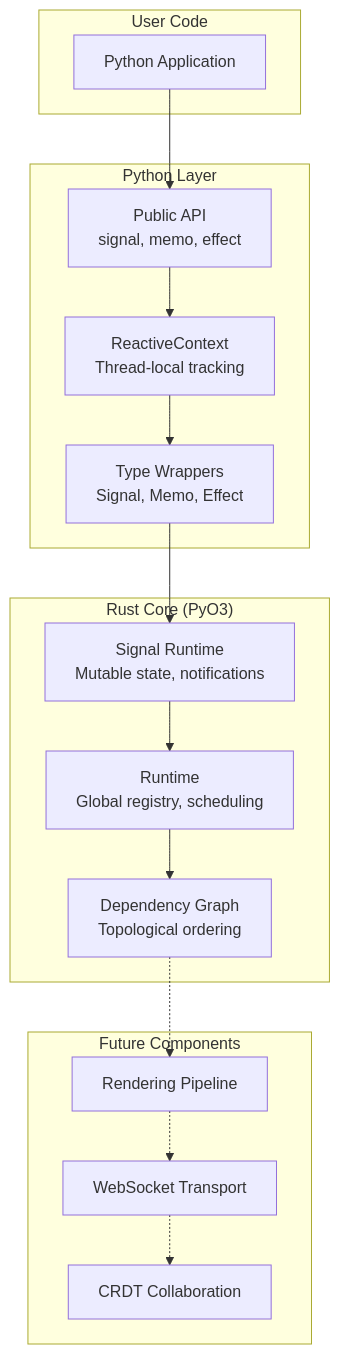
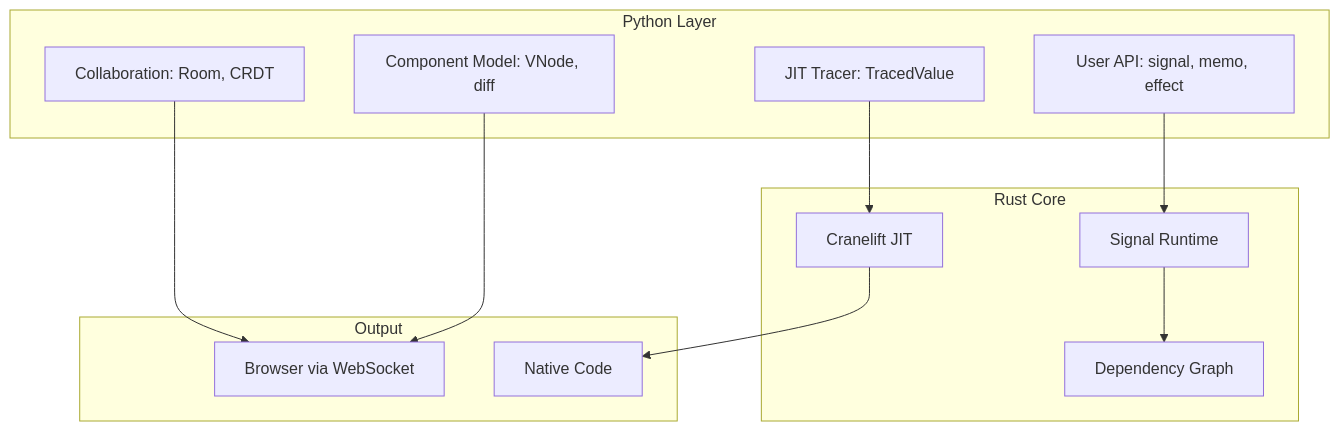
One commit to matteso1/lattice changed the first of 2 diagrams in docs/architecture.md. Above: the diagram before and after it, drawn with Mermaid. The commit also changed other lines of this file and 6 other files, not shown here.

````diff
--- a/docs/architecture.md
+++ b/docs/architecture.md
@@ -7,35 +7,26 @@
 ```mermaid
 flowchart TB
-    subgraph User["User Code"]
-        APP["Python Application"]
+    subgraph Python[Python Layer]
+        API[User API: signal, memo, effect]
+        Component[Component Model: VNode, diff]
+        Collab[Collaboration: Room, CRDT]
+        Tracer[JIT Tracer: TracedValue]
     end
     
-    subgraph Python["Python Layer"]
-        API["Public API<br/>signal, memo, effect"]
-        CTX["ReactiveContext<br/>Thread-local tracking"]
-        WRAP["Type Wrappers<br/>Signal, Memo, Effect"]
+    subgraph Rust[Rust Core]
+        Signal[Signal Runtime]
+        Graph[Dependency Graph]
+        JIT[Cranelift JIT]
     end
     
-    subgraph Rust["Rust Core (PyO3)"]
-        SIG["Signal Runtime<br/>Mutable state, notifications"]
-        RT["Runtime<br/>Global registry, scheduling"]
-        GRAPH["Dependency Graph<br/>Topological ordering"]
+    subgraph Output
+        Browser[Browser via WebSocket]
+        Native[Native Code]
     end
     
-    subgraph Future["Future Components"]
-        RENDER["Rendering Pipeline"]
-        TRANSPORT["WebSocket Transport"]
-        CRDT["CRDT Collaboration"]
-    end
-    
-    APP --> API
-    API --> CTX
-    CTX --> WRAP
-    WRAP --> SIG
-    SIG --> RT
-    RT --> GRAPH
-    
-    GRAPH -.-> RENDER
-    RENDER -.-> TRANSPORT
-    TRANSPORT -.-> CRDT
+    API --> Signal
+    Component --> Browser
+    Collab --> Browser
+    Tracer --> JIT --> Native
+    Signal --> Graph
 ```
````
